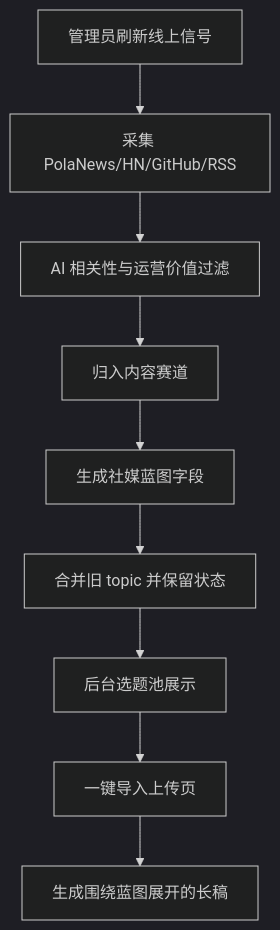
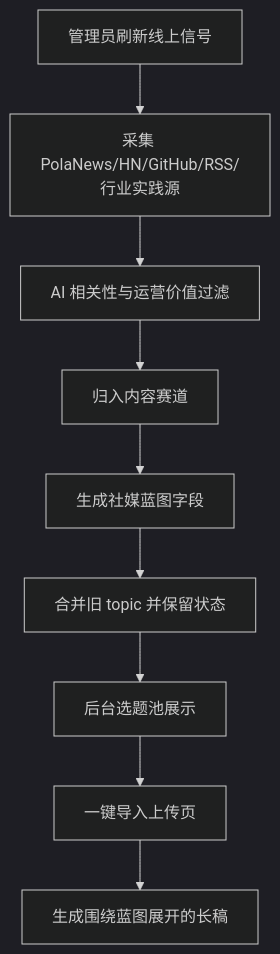
Before and after one commit to PolarisW007/PolaZhenJing: the diagram in docs/pola/project-knowledge/specs/2026-07-06-insight-topics-social-operator-prd.md, drawn with Mermaid (dark theme). The commit also changed other lines of this file and 10 other files, not shown here.

````diff
--- a/docs/pola/project-knowledge/specs/2026-07-06-insight-topics-social-operator-prd.md
+++ b/docs/pola/project-knowledge/specs/2026-07-06-insight-topics-social-operator-prd.md
@@ -21,11 +21,11 @@
 ```mermaid
 flowchart TD
-  A["管理员刷新线上信号"] --> B["采集 PolaNews/HN/GitHub/RSS"]
+  A["管理员刷新线上信号"] --> B["采集 PolaNews/HN/GitHub/RSS/行业实践源"]
   B --> C["AI 相关性与运营价值过滤"]
   C --> D["归入内容赛道"]
   D --> E["生成社媒蓝图字段"]
   E --> F["合并旧 topic 并保留状态"]
   F --> G["后台选题池展示"]
   G --> H["一键导入上传页"]
   H --> I["生成围绕蓝图展开的长稿"]
 ```
````
